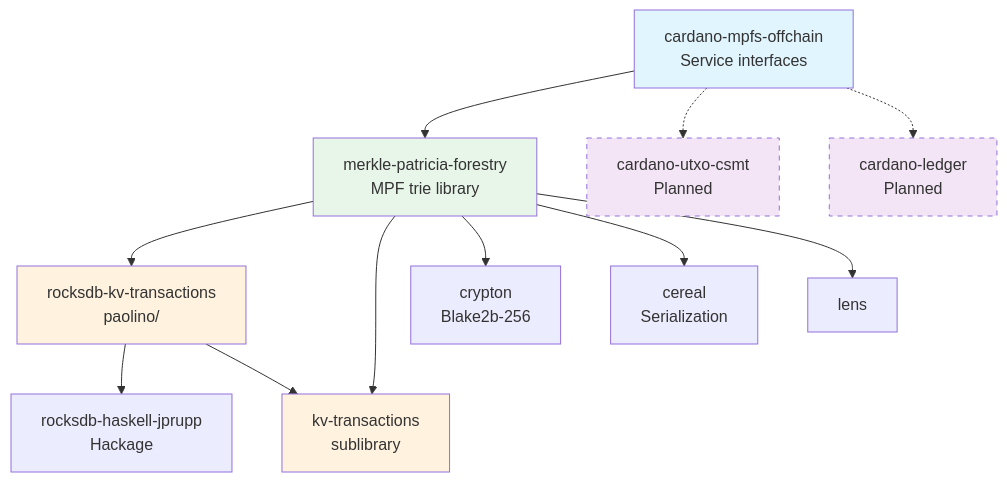
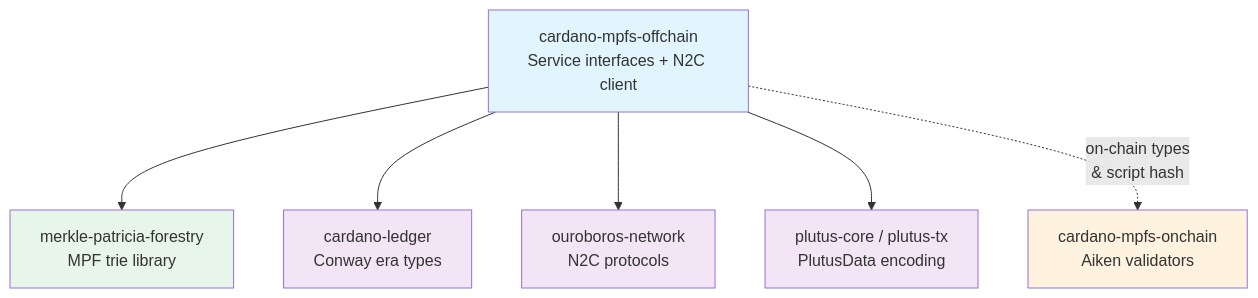
The fourth of 5 diagrams in docs/architecture/overview.md (paolino/haskell-mpf), drawn with Mermaid before and after one commit. The commit also changed other lines of this file and 6 other files, not shown here.

Commit message:
docs: update architecture docs to match current code state

````diff
--- a/docs/architecture/overview.md
+++ b/docs/architecture/overview.md
@@ -73,31 +73,22 @@
 ```mermaid
 graph TD
-    OFFCHAIN["cardano-mpfs-offchain\nService interfaces"]
-    MPF["merkle-patricia-forestry\nMPF trie library"]
-    RKVT["rocksdb-kv-transactions\npaolino/"]
-    KVT["kv-transactions\nsublibrary"]
-    ROCKSDB["rocksdb-haskell-jprupp\nHackage"]
-    CRYPTON["crypton\nBlake2b-256"]
-    CEREAL["cereal\nSerialization"]
-    LENS["lens"]
-    CSMT["cardano-utxo-csmt\nPlanned"]
-    LEDGER["cardano-ledger\nPlanned"]
+    OFFCHAIN["cardano-mpfs-offchain<br/>Service interfaces + N2C client"]
+    MPF["merkle-patricia-forestry<br/>MPF trie library"]
+    ONCHAIN["cardano-mpfs-onchain<br/>Aiken validators"]
+    LEDGER["cardano-ledger<br/>Conway era types"]
+    OUROBOROS["ouroboros-network<br/>N2C protocols"]
+    PLUTUS["plutus-core / plutus-tx<br/>PlutusData encoding"]
 
     OFFCHAIN --> MPF
-    MPF --> RKVT
-    MPF --> KVT
-    MPF --> CRYPTON
-    MPF --> CEREAL
-    MPF --> LENS
-    RKVT --> ROCKSDB
-    RKVT --> KVT
-    OFFCHAIN -.-> CSMT
-    OFFCHAIN -.-> LEDGER
+    OFFCHAIN --> LEDGER
+    OFFCHAIN --> OUROBOROS
+    OFFCHAIN --> PLUTUS
+    OFFCHAIN -.->|"on-chain types<br/>& script hash"| ONCHAIN
 
     style OFFCHAIN fill:#e1f5fe
     style MPF fill:#e8f5e9
-    style RKVT fill:#fff3e0
-    style KVT fill:#fff3e0
-    style CSMT fill:#f3e5f5,stroke-dasharray:5
-    style LEDGER fill:#f3e5f5,stroke-dasharray:5
+    style ONCHAIN fill:#fff3e0
+    style LEDGER fill:#f3e5f5
+    style OUROBOROS fill:#f3e5f5
+    style PLUTUS fill:#f3e5f5
 ```
````
